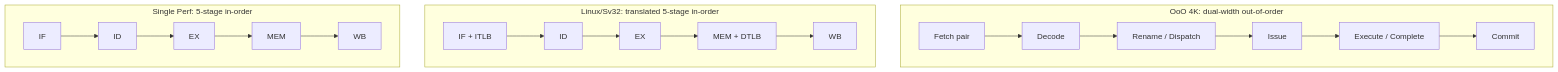
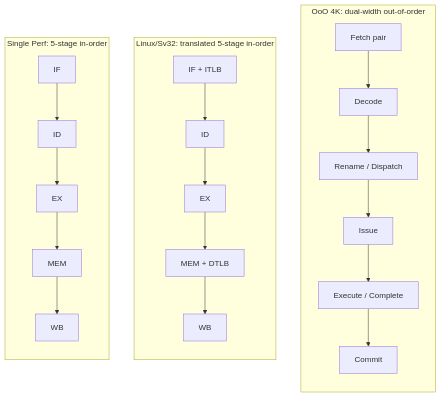
One commit to ichigo-6301/npc-riscv-open changed the second of 2 diagrams in README.en.md. Above: the diagram before and after it, drawn with Mermaid. The commit also changed 3 other files, not shown here.

````diff
--- a/README.en.md
+++ b/README.en.md
@@ -41,17 +41,17 @@
 ```mermaid
 flowchart LR
   subgraph P1["Single Perf: 5-stage in-order"]
-    direction LR
+    direction TB
     A1["IF"] --> A2["ID"] --> A3["EX"] --> A4["MEM"] --> A5["WB"]
   end
   subgraph P2["Linux/Sv32: translated 5-stage in-order"]
-    direction LR
+    direction TB
     B1["IF + ITLB"] --> B2["ID"] --> B3["EX"] --> B4["MEM + DTLB"] --> B5["WB"]
   end
   subgraph P3["OoO 4K: dual-width out-of-order"]
-    direction LR
+    direction TB
     C1["Fetch pair"] --> C2["Decode"] --> C3["Rename / Dispatch"] --> C4["Issue"] --> C5["Execute / Complete"] --> C6["Commit"]
   end
-  A5 ~~~ B1
-  B5 ~~~ C1
+  P1 ~~~ P2
+  P2 ~~~ P3
 ```
````
